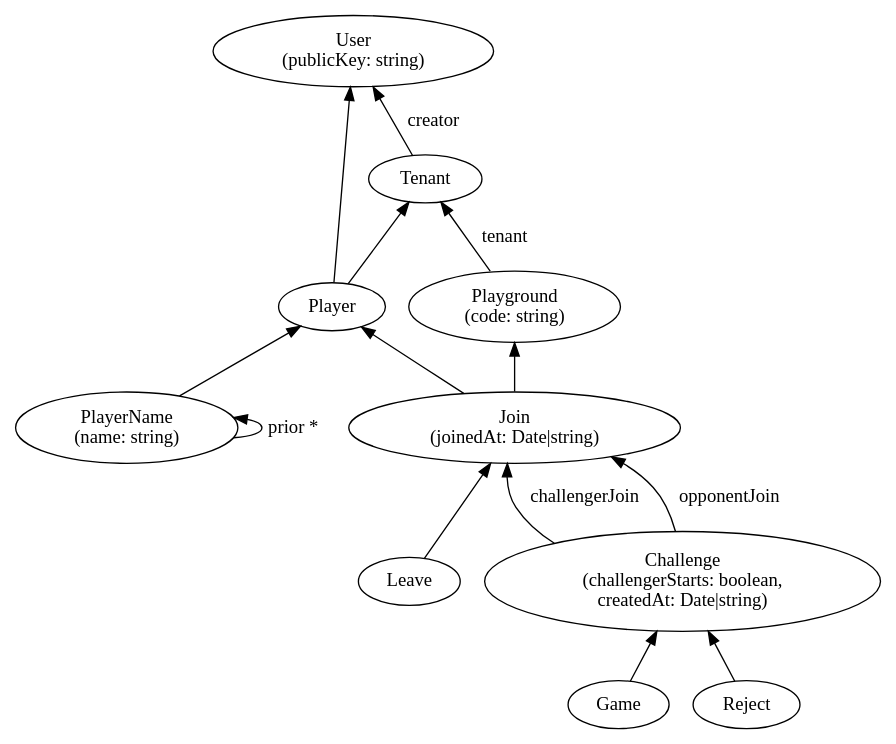
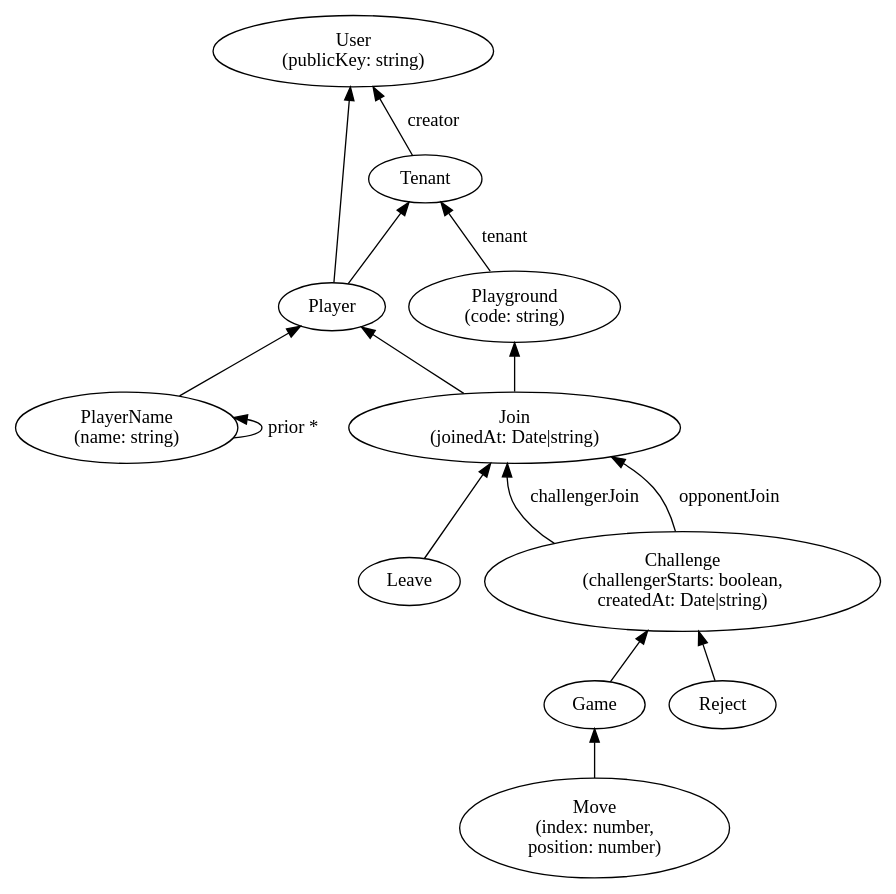
The diagram in docs/models/playground.dot (michaellperry/gamehub), drawn with Graphviz before and after one commit. The commit also changed 2 other files, not shown here.

Commit message:
Add the Move fact

```diff
--- a/docs/models/playground.dot
+++ b/docs/models/playground.dot
@@ -1,26 +1,29 @@
 digraph {
     rankdir=BT
     User [label="User\n(publicKey: string)"]
 
     Tenant -> User [label="creator"]
     Player -> User, Tenant
 
     PlayerName [label="PlayerName\n(name: string)"]
     PlayerName -> Player
     PlayerName -> PlayerName [label="prior *"]
 
     Playground -> Tenant [label="tenant"]
     Playground [label="Playground\n(code: string)"]
 
     Join [label="Join\n(joinedAt: Date|string)"]
     Join -> Player, Playground
 
     Leave -> Join
 
     Challenge -> Join [label="challengerJoin"]
     Challenge -> Join [label="opponentJoin"]
     Challenge [label="Challenge\n(challengerStarts: boolean,\ncreatedAt: Date|string)"]
 
     Game -> Challenge
     Reject -> Challenge
+
+    Move -> Game
+    Move [label="Move\n(index: number,\nposition: number)"]
 }
```
